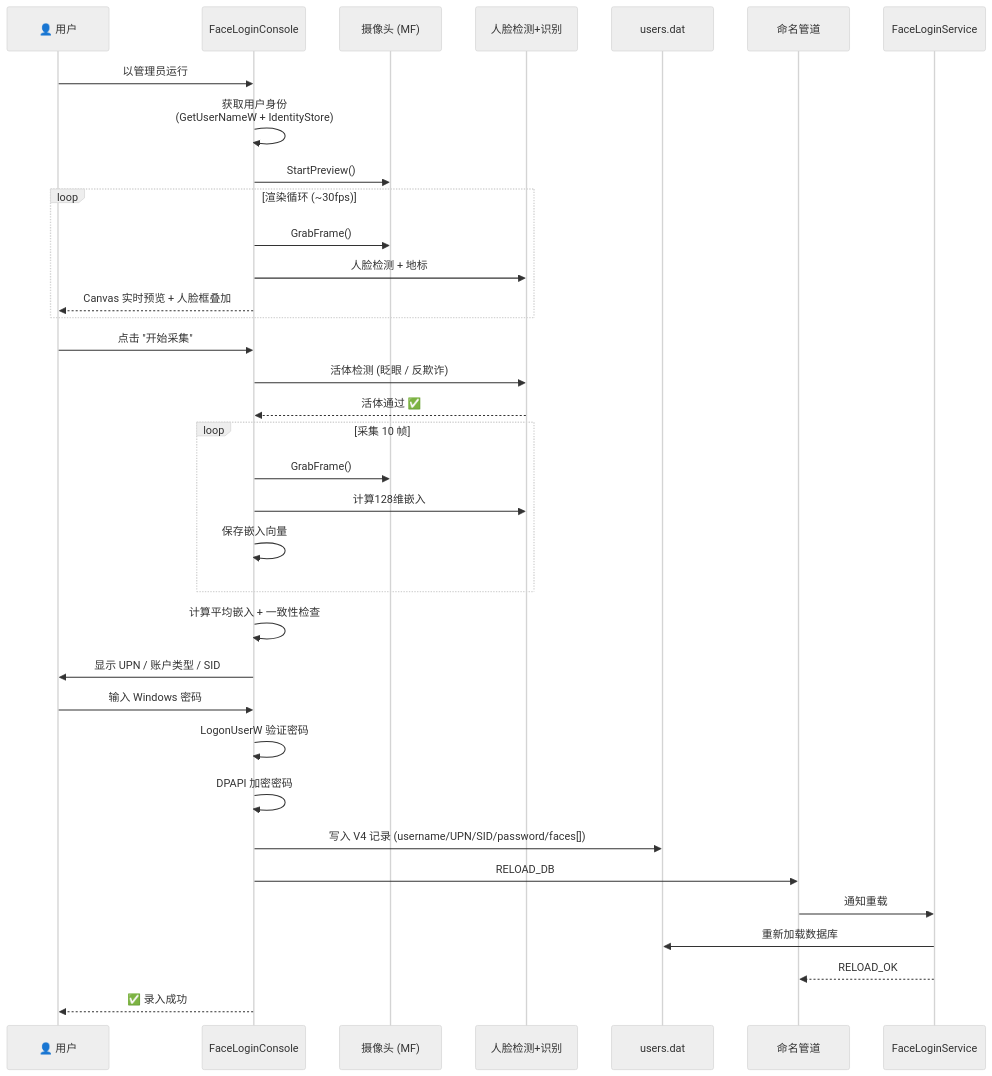
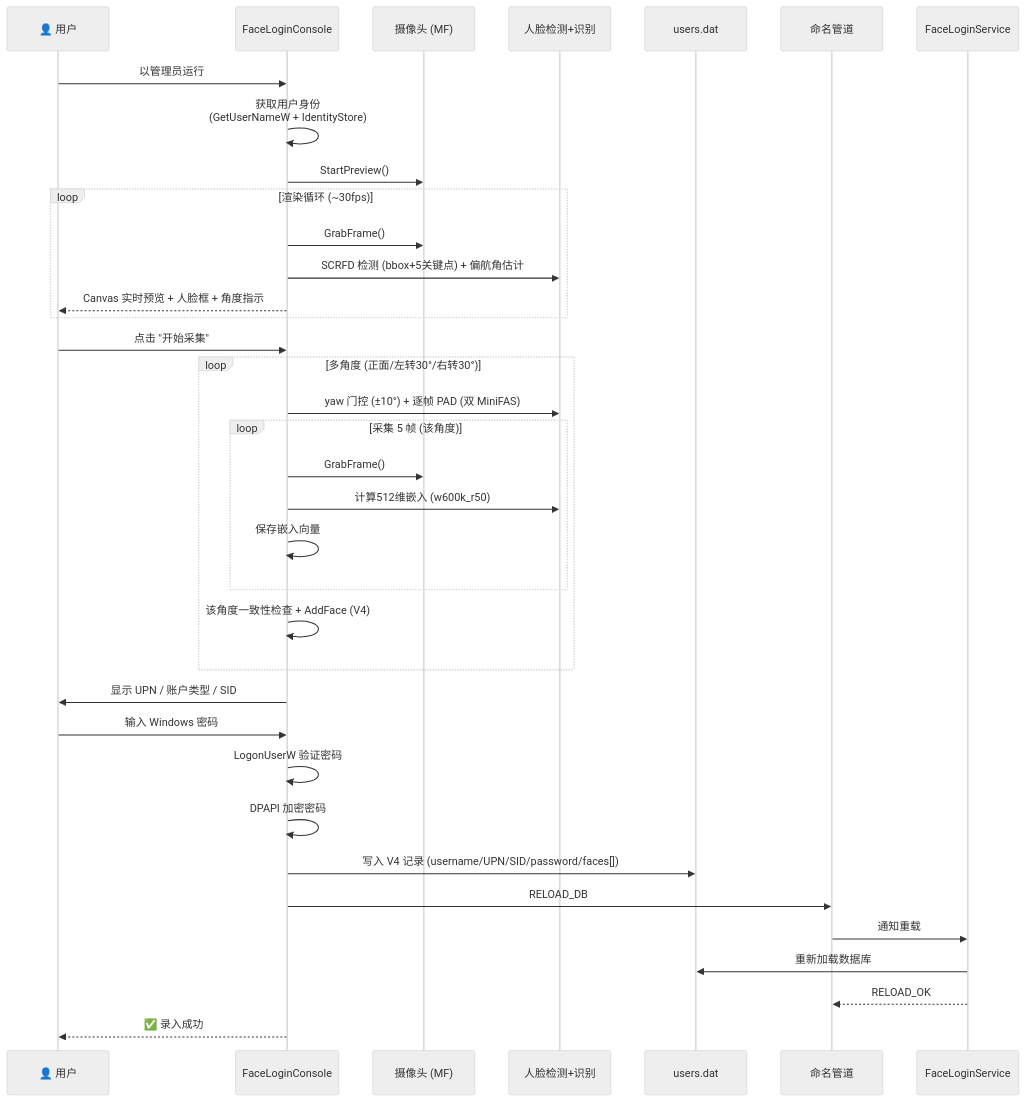
One commit to Link2323/LockFace changed the third of 3 diagrams in DEVELOPMENT.md. Above: the diagram before and after it, drawn with Mermaid (neutral theme). The commit also changed other lines of this file and 3 other files, not shown here.

First line of the commit message:
文档: 同步 v1.5 双 MiniFAS/侧脸管线实现至各说明文档

````diff
--- a/DEVELOPMENT.md
+++ b/DEVELOPMENT.md
@@ -208,38 +208,39 @@
 ```mermaid
 sequenceDiagram
     participant User as 👤 用户
     participant App as FaceLoginConsole
     participant Cam as 摄像头 (MF)
     participant Detector as 人脸检测+识别
     participant Store as users.dat
     participant Pipe as 命名管道
     participant Svc as FaceLoginService
 
     User->>App: 以管理员运行
     App->>App: 获取用户身份<br/>(GetUserNameW + IdentityStore)
     App->>Cam: StartPreview()
     loop 渲染循环 (~30fps)
         App->>Cam: GrabFrame()
-        App->>Detector: 人脸检测 + 地标
-        App-->>User: Canvas 实时预览 + 人脸框叠加
+        App->>Detector: SCRFD 检测 (bbox+5关键点) + 偏航角估计
+        App-->>User: Canvas 实时预览 + 人脸框 + 角度指示
     end
     User->>App: 点击 "开始采集"
-    App->>Detector: 活体检测 (眨眼 / 反欺诈)
-    Detector-->>App: 活体通过 ✅
-    loop 采集 10 帧
-        App->>Cam: GrabFrame()
-        App->>Detector: 计算128维嵌入
-        App->>App: 保存嵌入向量
+    loop 多角度 (正面/左转30°/右转30°)
+        App->>Detector: yaw 门控 (±10°) + 逐帧 PAD (双 MiniFAS)
+        loop 采集 5 帧 (该角度)
+            App->>Cam: GrabFrame()
+            App->>Detector: 计算512维嵌入 (w600k_r50)
+            App->>App: 保存嵌入向量
+        end
+        App->>App: 该角度一致性检查 + AddFace (V4)
     end
-    App->>App: 计算平均嵌入 + 一致性检查
     App->>User: 显示 UPN / 账户类型 / SID
     User->>App: 输入 Windows 密码
     App->>App: LogonUserW 验证密码
     App->>App: DPAPI 加密密码
     App->>Store: 写入 V4 记录 (username/UPN/SID/password/faces[])
     App->>Pipe: RELOAD_DB
     Pipe->>Svc: 通知重载
     Svc->>Store: 重新加载数据库
     Svc-->>Pipe: RELOAD_OK
     App-->>User: ✅ 录入成功
 ```
````
